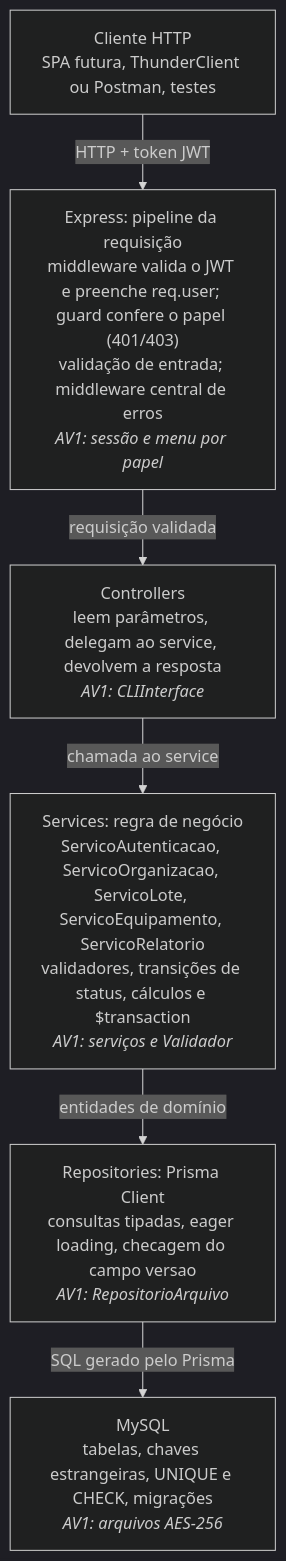
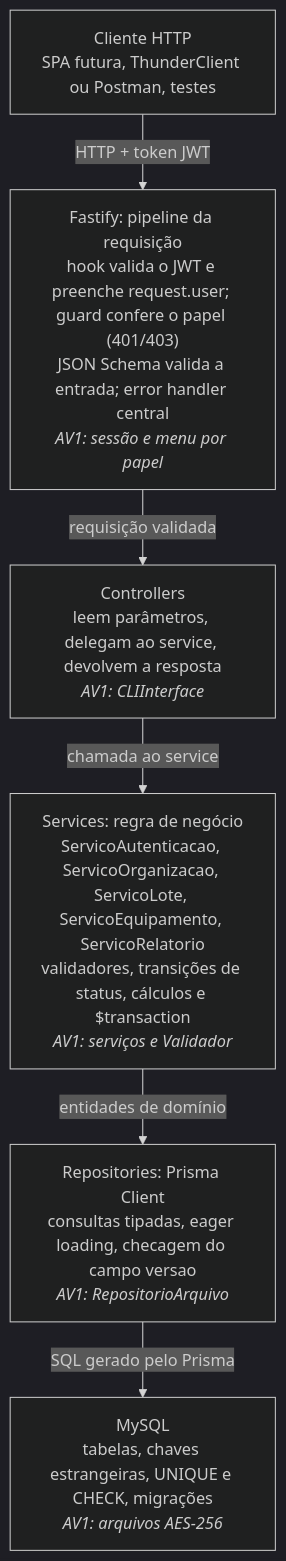
One commit to SamuelMartins00/AV2 changed the diagram in docs/ENTENDENDO_AV2.md. Above: the diagram before and after it, drawn with Mermaid (dark theme). The commit also changed other lines of this file, not shown here.

Commit message:
docs(main): change express to fastify on docs

````diff
--- a/docs/ENTENDENDO_AV2.md
+++ b/docs/ENTENDENDO_AV2.md
@@ -44,14 +44,14 @@
 ```mermaid
 flowchart TD
     A["Cliente HTTP<br/>SPA futura, ThunderClient ou Postman, testes"]
-    B["Express: pipeline da requisição<br/>middleware valida o JWT e preenche req.user; guard confere o papel (401/403)<br/>validação de entrada; middleware central de erros<br/><i>AV1: sessão e menu por papel</i>"]
+    B["Fastify: pipeline da requisição<br/>hook valida o JWT e preenche request.user; guard confere o papel (401/403)<br/>JSON Schema valida a entrada; error handler central<br/><i>AV1: sessão e menu por papel</i>"]
     C["Controllers<br/>leem parâmetros, delegam ao service, devolvem a resposta<br/><i>AV1: CLIInterface</i>"]
     D["Services: regra de negócio<br/>ServicoAutenticacao, ServicoOrganizacao, ServicoLote, ServicoEquipamento, ServicoRelatorio<br/>validadores, transições de status, cálculos e $transaction<br/><i>AV1: serviços e Validador</i>"]
     E["Repositories: Prisma Client<br/>consultas tipadas, eager loading, checagem do campo versao<br/><i>AV1: RepositorioArquivo</i>"]
     F["MySQL<br/>tabelas, chaves estrangeiras, UNIQUE e CHECK, migrações<br/><i>AV1: arquivos AES-256</i>"]
     A -->|HTTP + token JWT| B
     B -->|requisição validada| C
     C -->|chamada ao service| D
     D -->|entidades de domínio| E
     E -->|SQL gerado pelo Prisma| F
 ```
````
